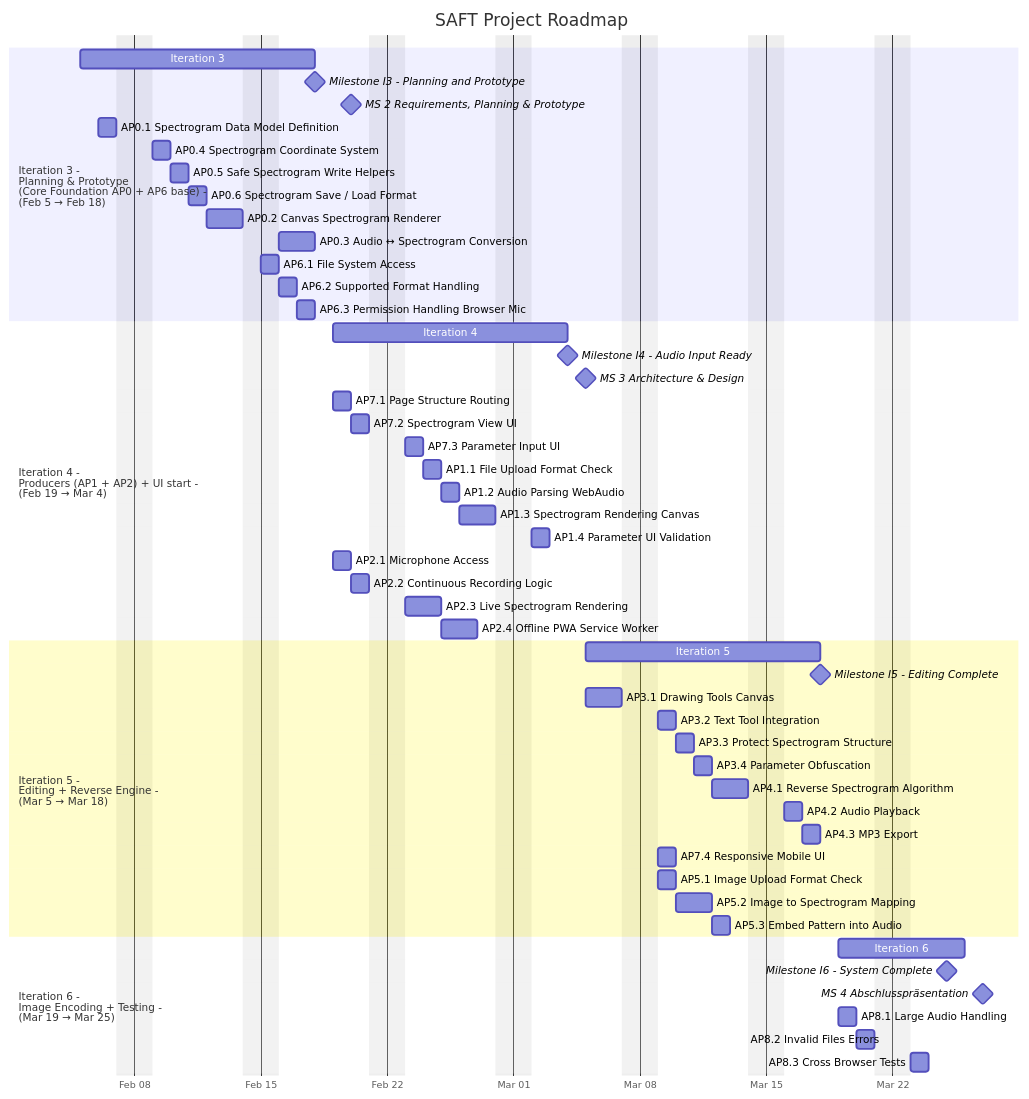
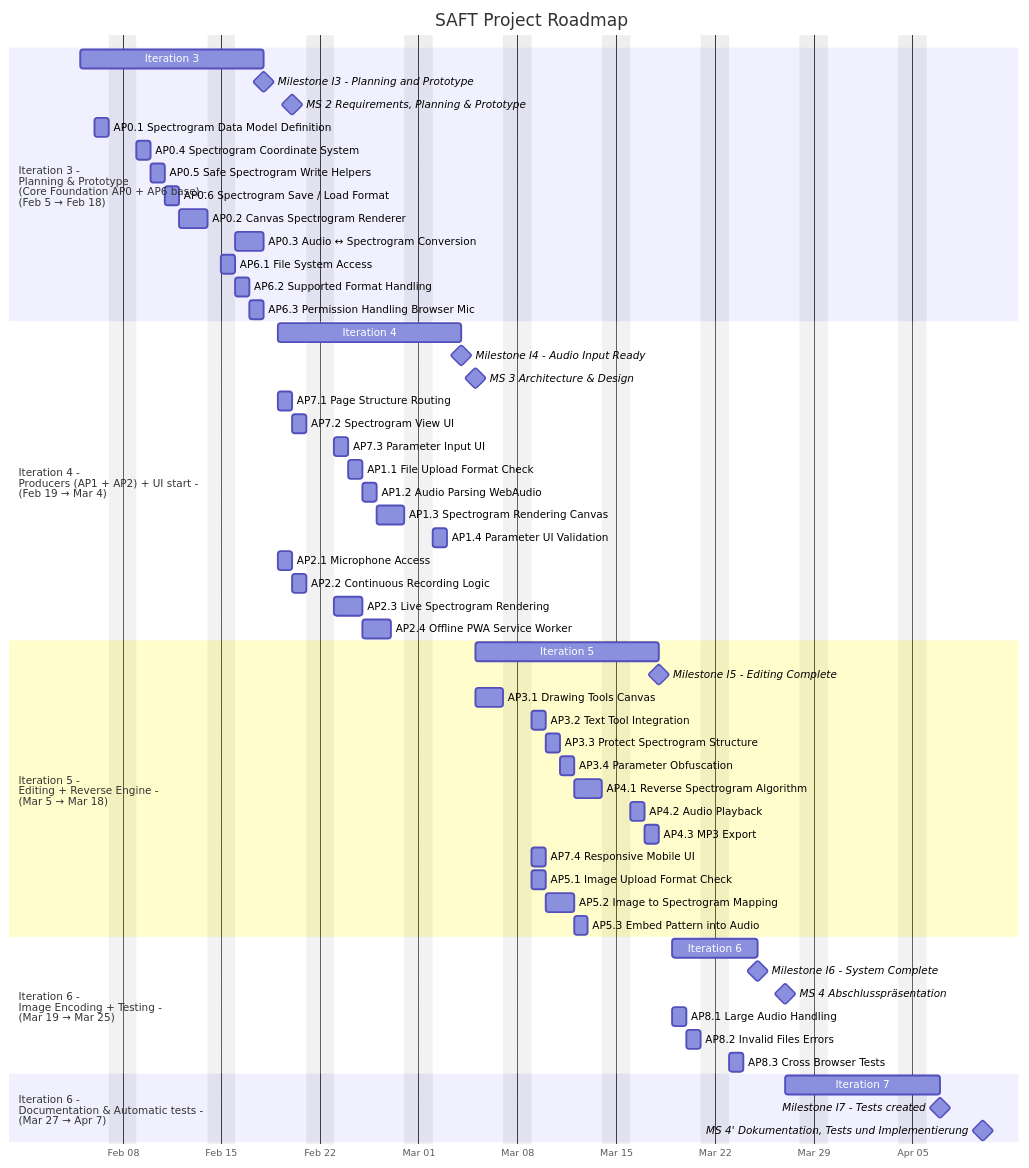
One commit to Advanced-Software-Engineering-23IKI1/saft changed the diagram in docs/gantt.md. Above: the diagram before and after it, drawn with Mermaid.

Commit message:
add last iteration

````diff
--- a/docs/gantt.md
+++ b/docs/gantt.md
@@ -84,7 +84,7 @@
 
 %% -- Iteration 6 --
   section Iteration 6 - <br/>Image Encoding + Testing - <br/>(Mar 19 → Mar 25)
-  Iteration 6                  :i6, 2026-03-19, 5d
+  Iteration 6                  :i6, 2026-03-19, 4d
   Milestone I6 - System Complete          :milestone, mi6, 2026-03-25, 0d
   MS 4 Abschlusspräsentation              :milestone, ms4, 2026-03-27, 0d
   
@@ -95,4 +95,13 @@
   AP8.3 Cross Browser Tests                :ap8_3, after ap8_2, 1d
 
 
+%% -- Iteration 7 --
+  section Iteration 6 - <br/>Documentation & Automatic tests - <br/>(Mar 27 → Apr 7)
+  Iteration 7                  :i7, 2026-03-27, 7d
+  Milestone I7 - Tests created          :milestone, mi7, 2026-04-07, 0d
+  MS 4' Dokumentation, Tests und Implementierung              :milestone, ms4b, 2026-04-10, 0d
+  
+  %% -- Working Packages
+  
+
 ```
````
